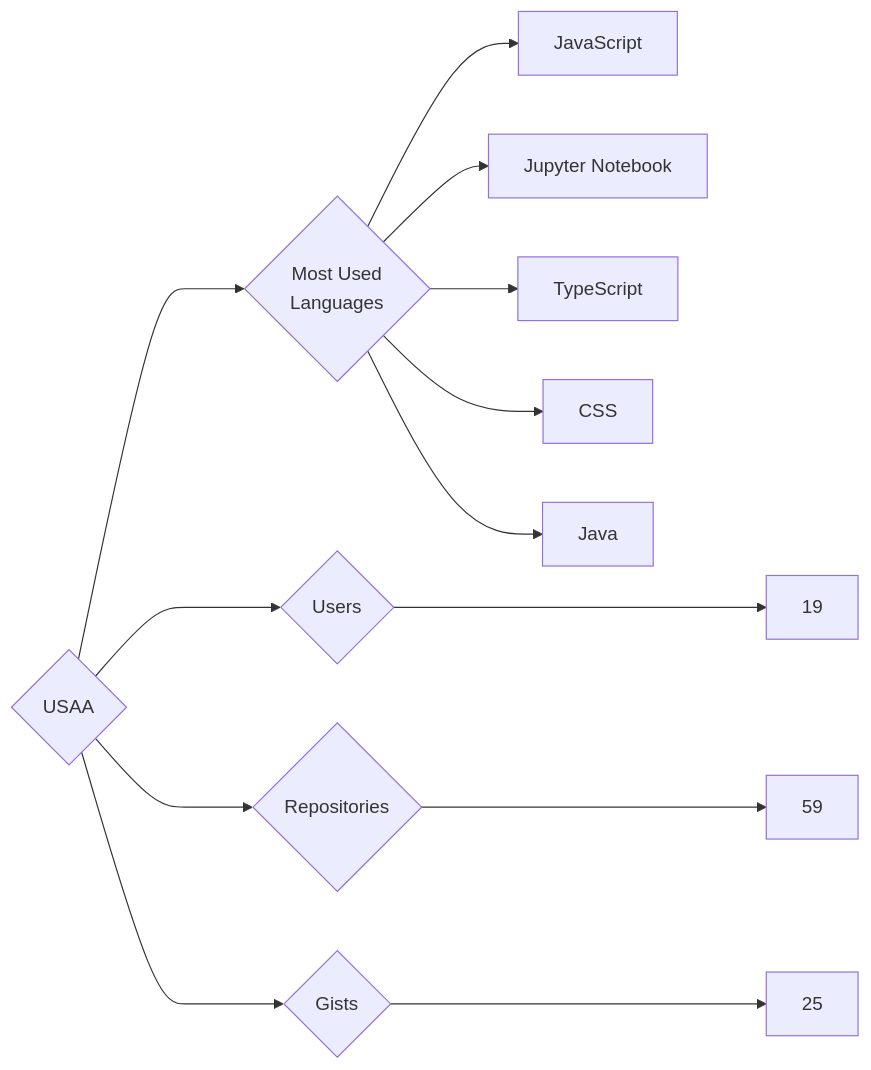
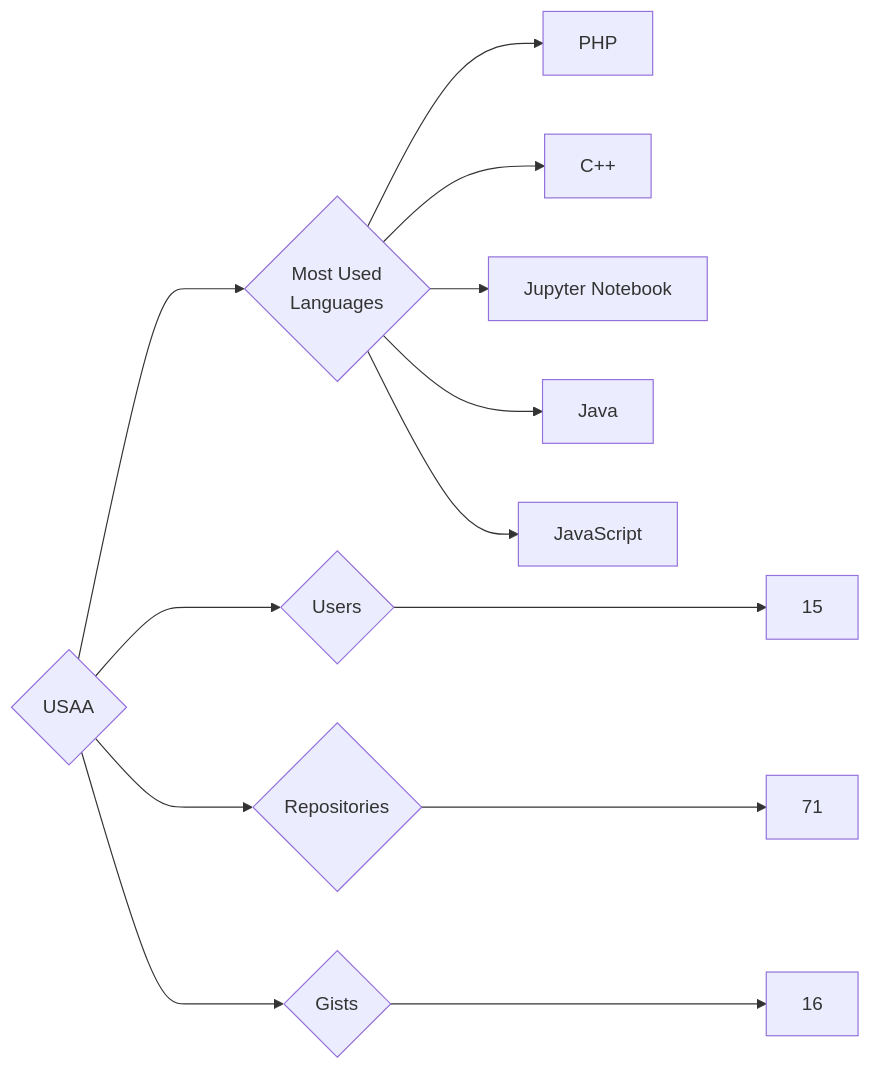
Before and after one commit to trickest/insiders: the diagram in targets/USAA/README.md, drawn with Mermaid. The commit also changed 995 other files, not shown here.

````diff
--- a/targets/USAA/README.md
+++ b/targets/USAA/README.md
@@ -3,13 +3,13 @@
 ```mermaid
 graph LR
 COMPANY_NAME{USAA}
-COMPANY_NAME ---> U{Users} ---> UN[19]
-COMPANY_NAME ---> R{Repositories} ---> RN[59]
-COMPANY_NAME ---> G{Gists} ---> GN[25]
+COMPANY_NAME ---> U{Users} ---> UN[15]
+COMPANY_NAME ---> R{Repositories} ---> RN[71]
+COMPANY_NAME ---> G{Gists} ---> GN[16]
 COMPANY_NAME ---> ML{Most Used<br>Languages}
+ML --> PHP[PHP]
+ML --> C++[C++]
+ML --> Jupyter_Notebook[Jupyter Notebook]
+ML --> Java[Java]
 ML --> JavaScript[JavaScript]
-ML --> Jupyter_Notebook[Jupyter Notebook]
-ML --> TypeScript[TypeScript]
-ML --> CSS[CSS]
-ML --> Java[Java]
 ```
````
